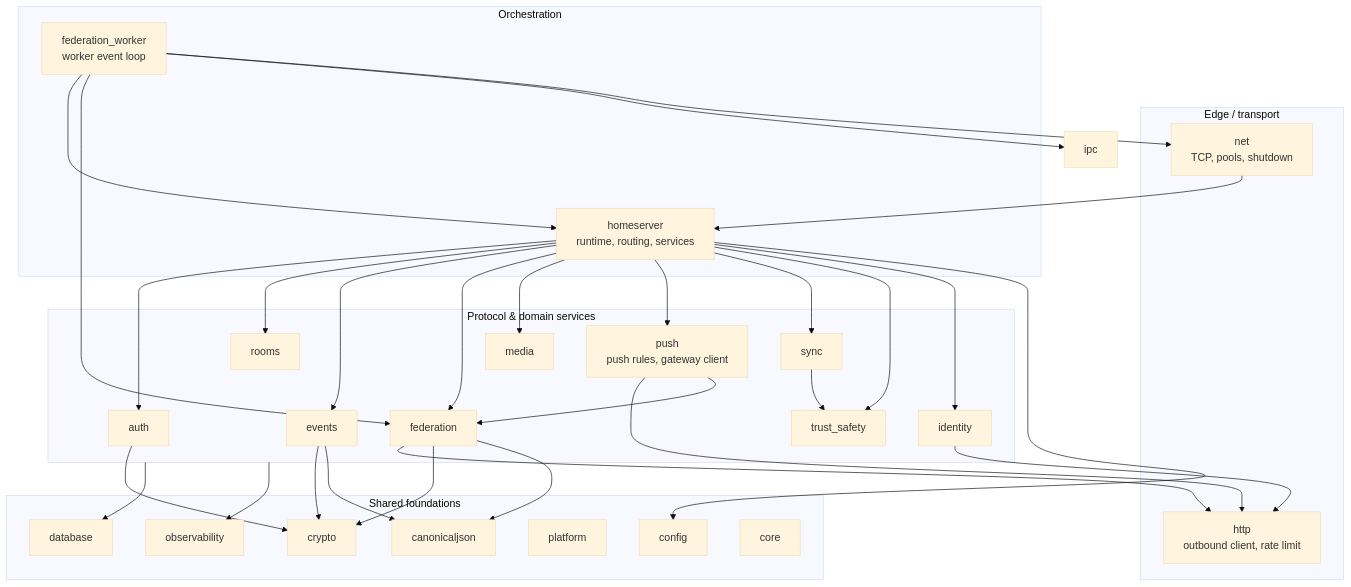
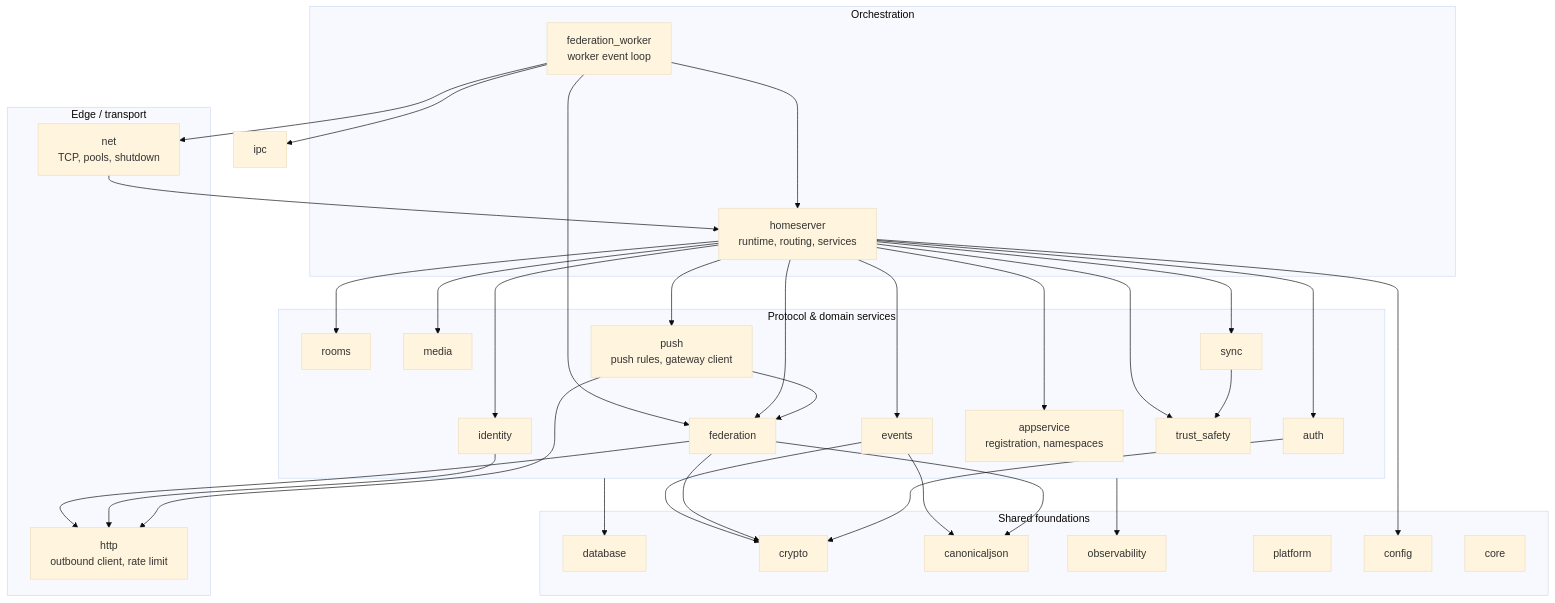
Before and after one commit to OMG-Software/Merovingian: the second of 6 diagrams in docs/architecture.md, drawn with Mermaid (base theme). The commit also changed other lines of this file and 123 other files, not shown here.

````diff
--- a/docs/architecture.md
+++ b/docs/architecture.md
@@ -90,45 +91,46 @@
 ```mermaid
 flowchart TB
     subgraph edge["Edge / transport"]
         net["net<br/>TCP, pools, shutdown"]
         http["http<br/>outbound client, rate limit"]
     end
     subgraph orchestration["Orchestration"]
         homeserver["homeserver<br/>runtime, routing, services"]
         fedworker_mod["federation_worker<br/>worker event loop"]
     end
     subgraph services["Protocol & domain services"]
+        appservice["appservice<br/>registration, namespaces"]
         auth["auth"]
         rooms["rooms"]
         events["events"]
         federation["federation"]
         identity["identity"]
         media["media"]
         push["push<br/>push rules, gateway client"]
         sync["sync"]
         trust_safety["trust_safety"]
     end
     subgraph foundations["Shared foundations"]
         database["database"]
         crypto["crypto"]
         canonicaljson["canonicaljson"]
         observability["observability"]
         platform["platform"]
         config["config"]
         core["core"]
     end
 
     net --> homeserver
     fedworker_mod --> homeserver & federation & ipc & net
-    homeserver --> auth & rooms & events & federation & media & push & sync & trust_safety & identity
+    homeserver --> auth & rooms & events & federation & media & push & sync & trust_safety & identity & appservice
     federation --> http
     identity --> http
     push --> http & federation
     sync --> trust_safety
     services --> database
     events --> crypto & canonicaljson
     federation --> crypto & canonicaljson
     auth --> crypto
     services --> observability
     homeserver --> config
 ```
````
